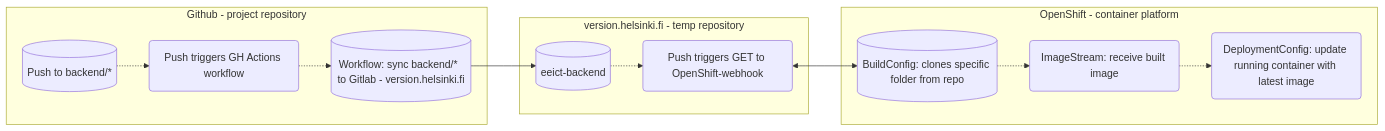
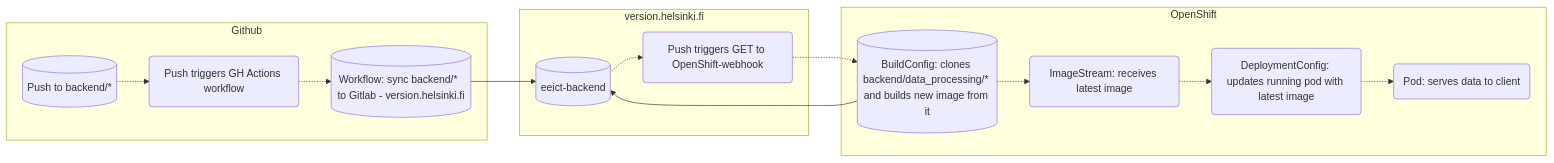
The diagram in tekninen_suunnittelu/backend/eeict-backend.md (ohtuprojekti-Elisa/suunnitteludokumentaatio), drawn with Mermaid before and after one commit. The commit also changed other lines of this file, not shown here.

Commit message:
Updated graph

````diff
--- a/tekninen_suunnittelu/backend/eeict-backend.md
+++ b/tekninen_suunnittelu/backend/eeict-backend.md
@@ -35,21 +35,22 @@
 ```mermaid
 flowchart LR
-  subgraph Github - project repository
-  push[(Push to backend/*)] -.-> gh
-  gh(Push triggers GH Actions workflow) -.-> ac[(Workflow: sync backend/*  to Gitlab - version.helsinki.fi)]
+  subgraph Github
+      push[(Push to backend/*)] -.-> gh
+      gh(Push triggers GH Actions workflow) -.-> ac[(Workflow: sync backend/*  to Gitlab - version.helsinki.fi)]
   end
 
   ac --> repo
 
-  subgraph version.helsinki.fi - temp repository
-  repo[(eeict-backend)] -.-> wh(Push triggers GET to OpenShift-webhook)
+  subgraph version.helsinki.fi
+      repo[(eeict-backend)] -.-> wh(Push triggers GET to OpenShift-webhook)
   end
 
-  wh <--> osbc
+  wh -.-> osbc
+  osbc --> repo
 
-  subgraph OpenShift - container platform
-  osbc[(BuildConfig: clones specific folder from repo)] -.-> osis(ImageStream: receive built image)
-  osis -.-> osdc(DeploymentConfig: update running container with latest image)
+  subgraph OpenShift
+      osbc[(BuildConfig: clones backend/data_processing/* and builds new image from it)] -.-> osis(ImageStream: receives latest image)
+      osis -.-> osdc(DeploymentConfig: updates running pod with latest image)
+      osdc -.-> osp(Pod: serves data to client)
   end
-
 ```
````
